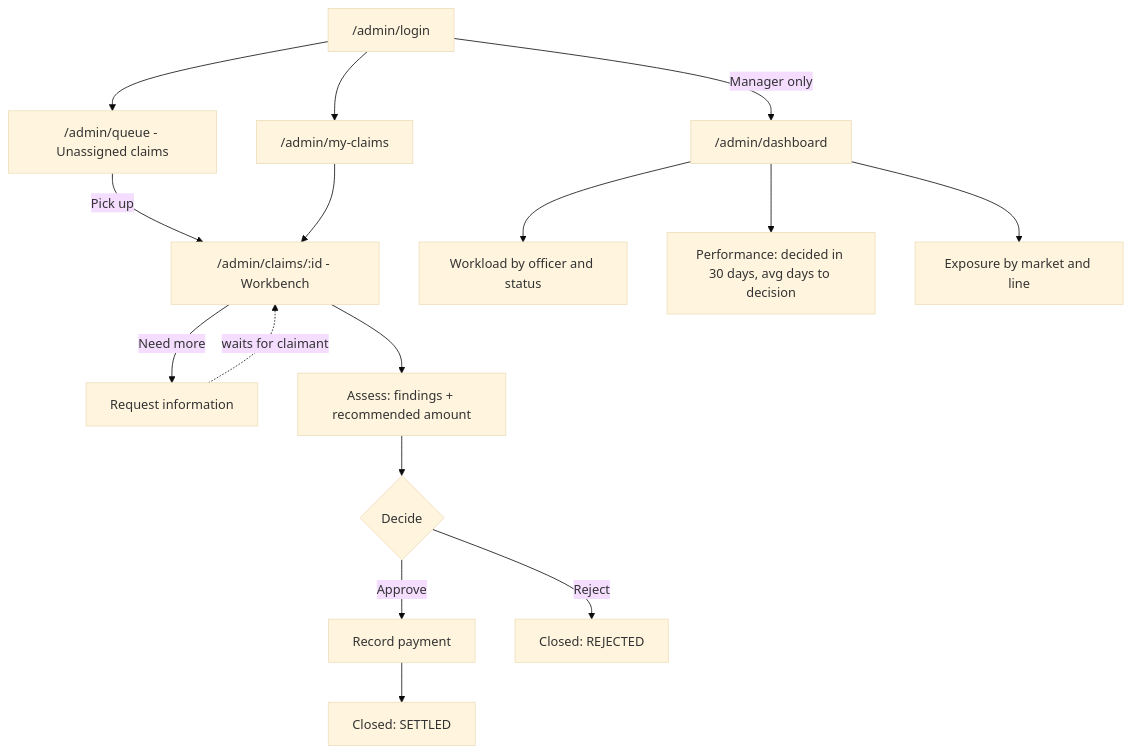
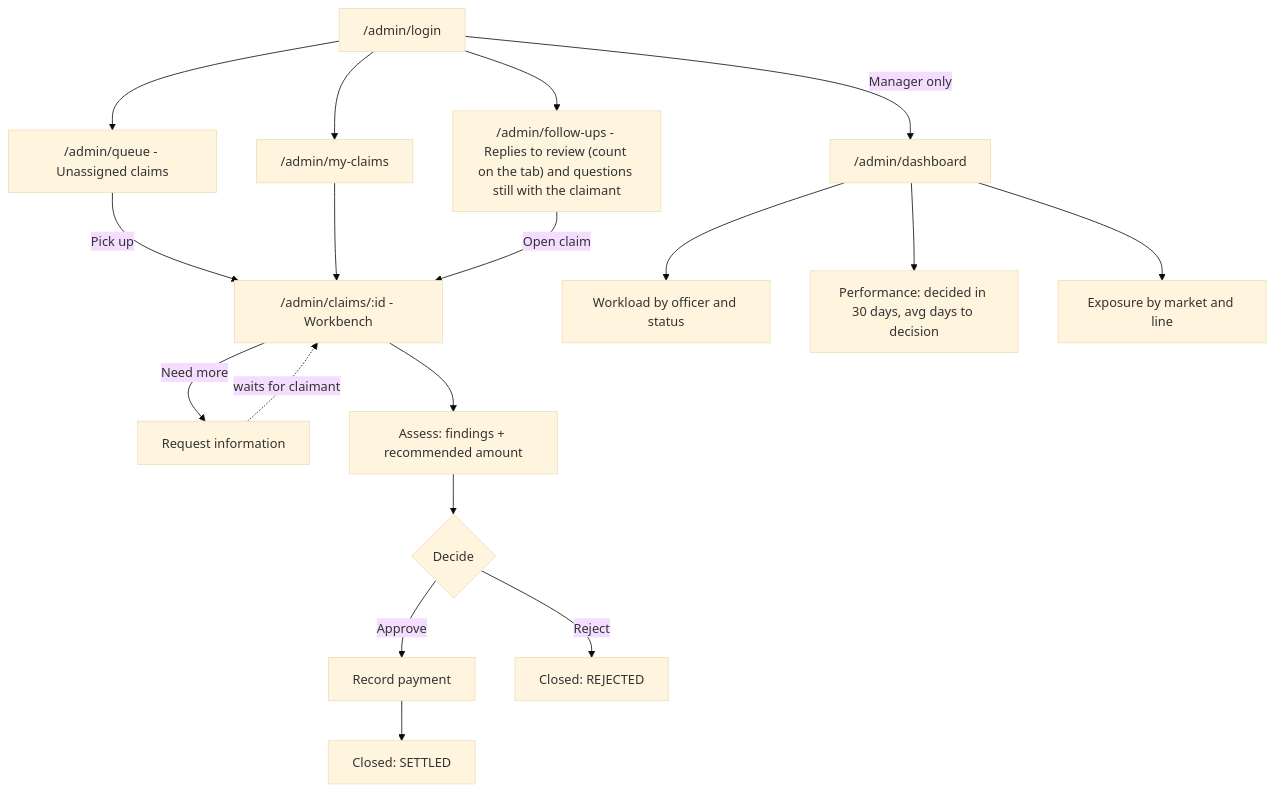
One commit to ZenoHwan/claim-system changed the second of 2 diagrams in docs/user-flows.md. Above: the diagram before and after it, drawn with Mermaid (base theme). The commit also changed other lines of this file and 6 other files, not shown here.

Commit message:
docs: trade-offs, next steps, Redis and e2e tests in the README and diagrams

````diff
--- a/docs/user-flows.md
+++ b/docs/user-flows.md
@@ -36,18 +45,20 @@
 ```mermaid
 flowchart TD
     AL["/admin/login"] --> Q["/admin/queue - Unassigned claims"]
     Q -->|Pick up| WB["/admin/claims/:id - Workbench"]
     AL --> MY["/admin/my-claims"]
     MY --> WB
+    AL --> FS["/admin/follow-ups - Replies to review (count on the tab) and questions still with the claimant"]
+    FS -->|Open claim| WB
     WB -->|Need more| RI["Request information"]
     RI -.->|waits for claimant| WB
     WB --> AS["Assess: findings + recommended amount"]
     AS --> DC{"Decide"}
     DC -->|Approve| PAY["Record payment"]
     DC -->|Reject| CL["Closed: REJECTED"]
     PAY --> ST["Closed: SETTLED"]
     AL -->|Manager only| DB["/admin/dashboard"]
     DB --> W["Workload by officer and status"]
     DB --> P["Performance: decided in 30 days, avg days to decision"]
     DB --> E["Exposure by market and line"]
 ```
````
